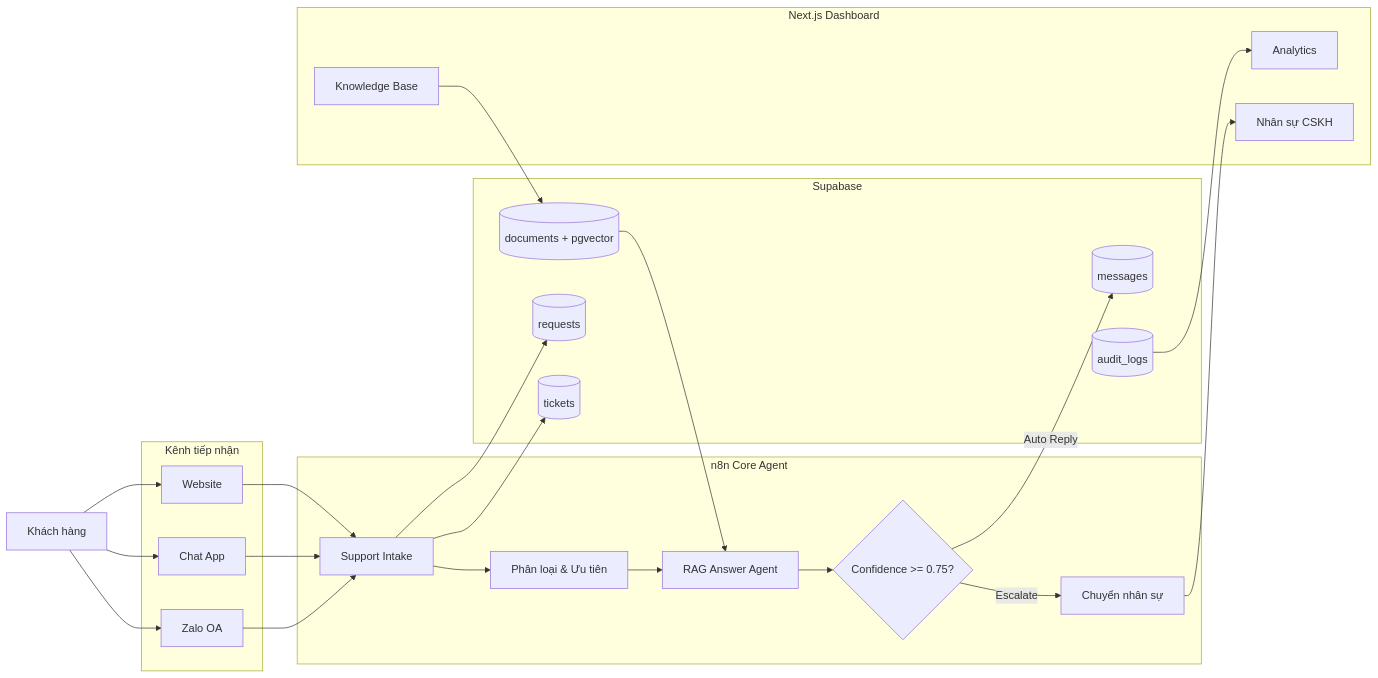
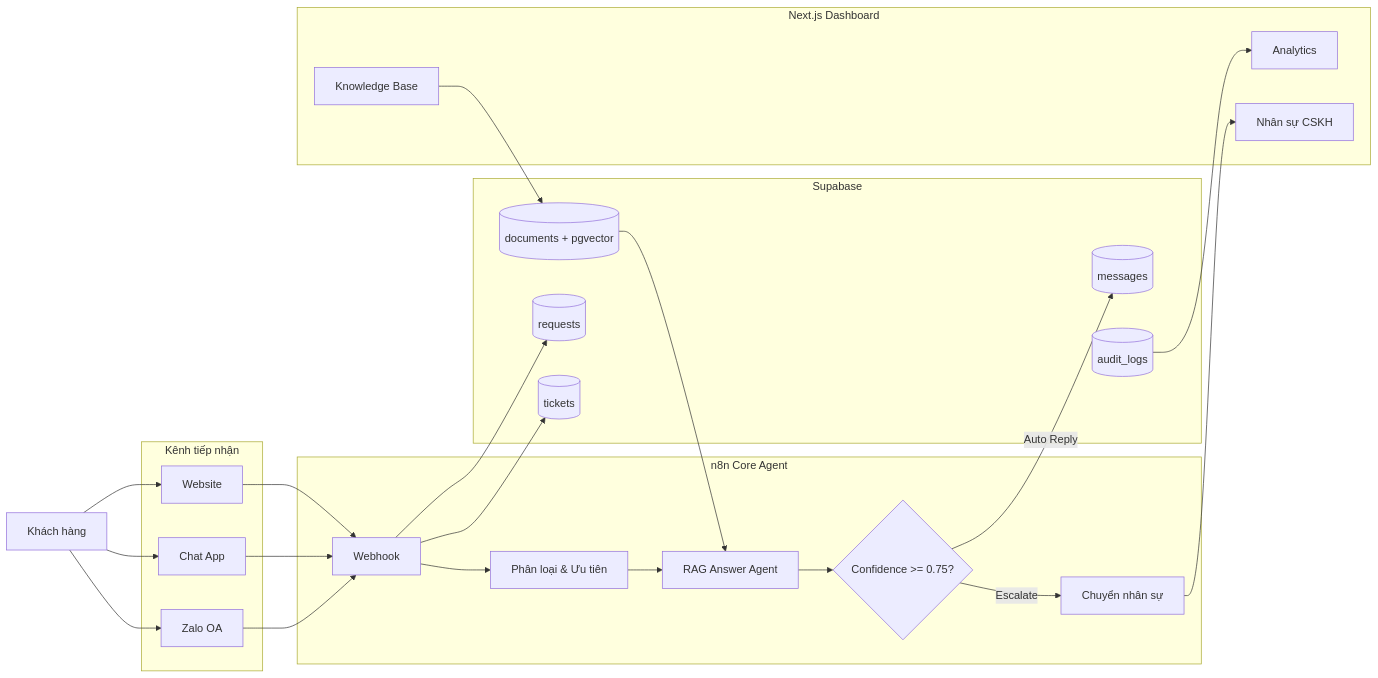
Before and after one commit to Kaicity/AI-Agent-Customer-Support: the diagram in README.md, drawn with Mermaid.

Commit message:
Rename Support Intake to Webhook in README

````diff
--- a/README.md
+++ b/README.md
@@ -16,60 +16,60 @@
 ```mermaid
 flowchart LR
 
     Customer[Khách hàng]
 
     subgraph Channels[Kênh tiếp nhận]
         Website[Website]
         ChatApp[Chat App]
         Zalo[Zalo OA]
     end
 
     subgraph N8N[n8n Core Agent]
-        Intake[Support Intake]
+        Intake[Webhook]
         Classify[Phân loại & Ưu tiên]
         RAG[RAG Answer Agent]
         Decision{Confidence >= 0.75?}
         Escalate[Chuyển nhân sự]
     end
 
     subgraph Supabase
         Requests[(requests)]
         Tickets[(tickets)]
         Messages[(messages)]
         Docs[(documents + pgvector)]
         Audit[(audit_logs)]
     end
 
     subgraph Dashboard[Next.js Dashboard]
         Staff[Nhân sự CSKH]
         Analytics[Analytics]
         KB[Knowledge Base]
     end
 
     Customer --> Website
     Customer --> ChatApp
     Customer --> Zalo
 
     Website --> Intake
     ChatApp --> Intake
     Zalo --> Intake
 
     Intake --> Requests
     Intake --> Tickets
 
     Intake --> Classify
     Classify --> RAG
 
     Docs --> RAG
 
     RAG --> Decision
 
     Decision -->|Auto Reply| Messages
     Decision -->|Escalate| Escalate
 
     Escalate --> Staff
 
     Audit --> Analytics
 
     KB --> Docs
 ```
````
